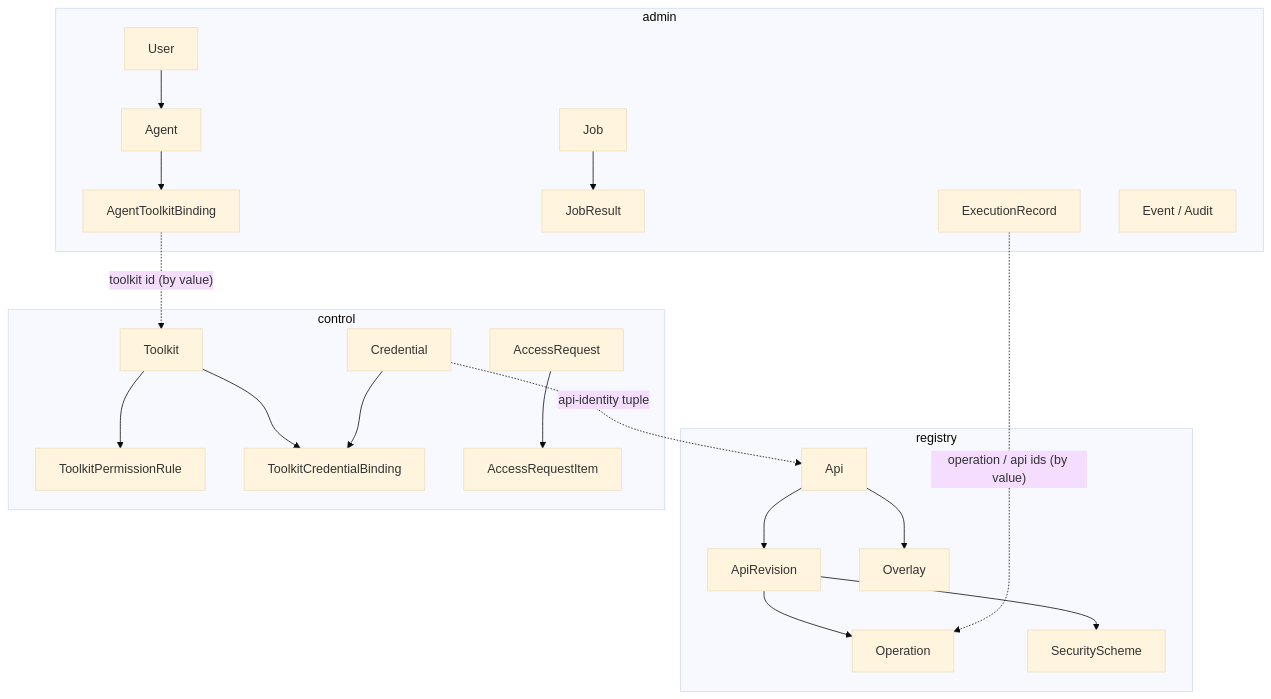
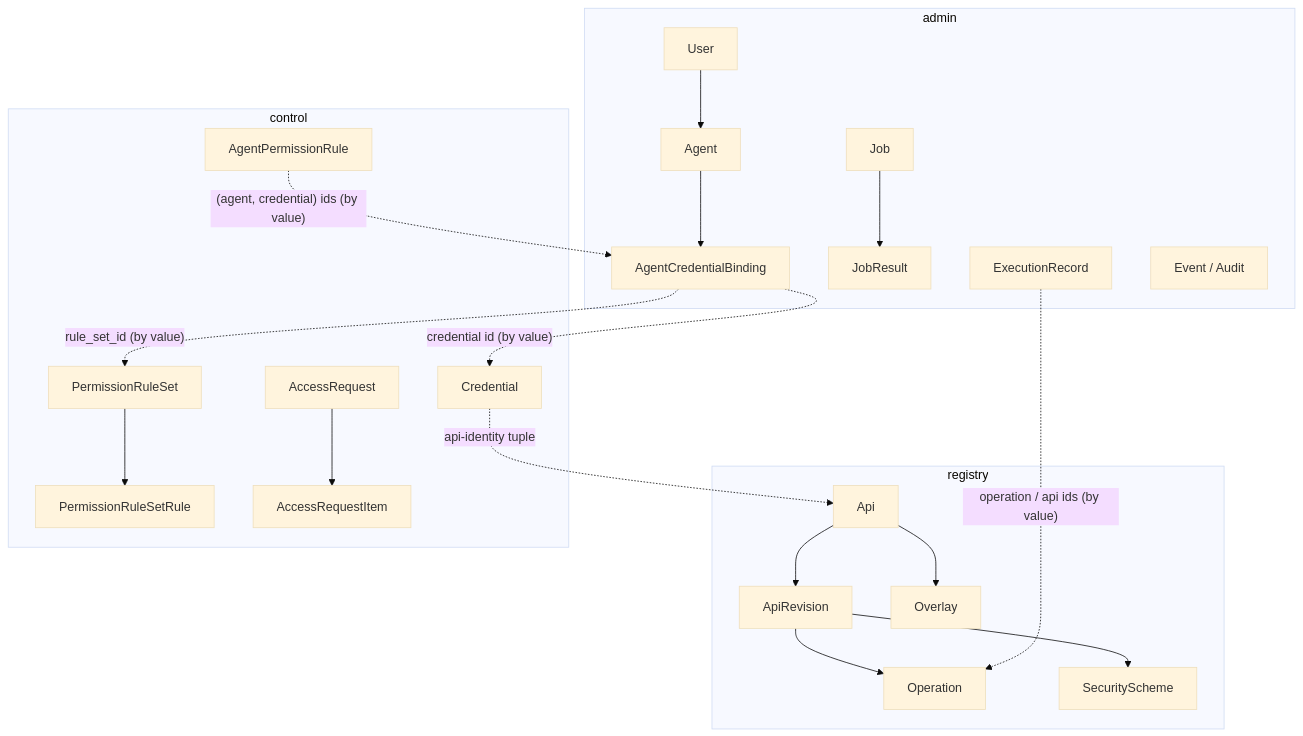
The diagram in docs/architecture/data-model.md (jentic/jentic-one), drawn with Mermaid (base theme) before and after one commit. The commit also changed other lines of this file and 11 other files, not shown here.

````diff
--- a/docs/architecture/data-model.md
+++ b/docs/architecture/data-model.md
@@ -33,28 +35,30 @@
 ```mermaid
 flowchart TB
     subgraph rdb [registry]
         Api --> ApiRevision
         ApiRevision --> Operation
         ApiRevision --> SecurityScheme
         Api --> Overlay
     end
 
     subgraph cdb [control]
-        Toolkit --> ToolkitPermissionRule
-        Toolkit --> ToolkitCredentialBinding
-        Credential --> ToolkitCredentialBinding
+        Credential
+        RuleSet["PermissionRuleSet"] --> RuleSetRule["PermissionRuleSetRule"]
+        AgentPermissionRule
         AccessRequest --> AccessRequestItem
     end
 
     subgraph adb [admin]
         User --> Agent
-        Agent --> AgentToolkitBinding
+        Agent --> AgentCredentialBinding
         Job --> JobResult
         ExecutionRecord
         Events["Event / Audit"]
     end
 
     Credential -. "api-identity tuple" .-> Api
-    AgentToolkitBinding -. "toolkit id (by value)" .-> Toolkit
+    AgentCredentialBinding -. "credential id (by value)" .-> Credential
+    AgentCredentialBinding -. "rule_set_id (by value)" .-> RuleSet
+    AgentPermissionRule -. "(agent, credential) ids (by value)" .-> AgentCredentialBinding
     ExecutionRecord -. "operation / api ids (by value)" .-> Operation
 ```
````
